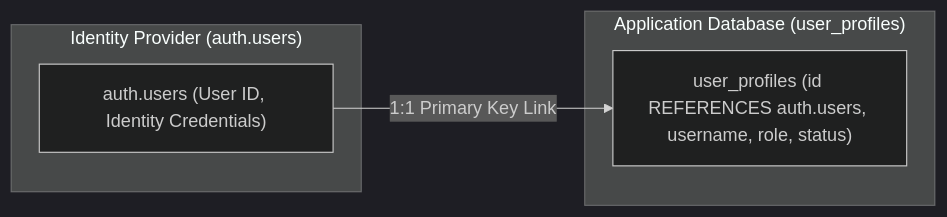
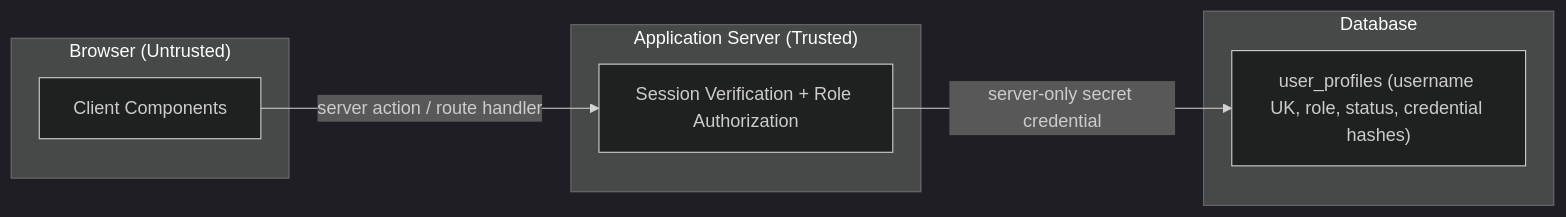
The third of 4 diagrams in architecture/SECURITY_MODEL.md (nicolaseugenio2022-cyber/St-rose-laboratory-result-management-system), drawn with Mermaid (dark theme) before and after one commit. The commit also changed other lines of this file and 4 other files, not shown here.

First line of the commit message:
docs: reconcile authority for application-owned auth and server-only data access

````diff
--- a/architecture/SECURITY_MODEL.md
+++ b/architecture/SECURITY_MODEL.md
@@ -126,12 +126,17 @@
 ```mermaid
 graph LR
-    subgraph "Identity Provider (auth.users)"
-        AuthUser["auth.users (User ID, Identity Credentials)"]
+    subgraph "Browser (Untrusted)"
+        Client["Client Components"]
     end
 
-    subgraph "Application Database (user_profiles)"
-        UserProfile["user_profiles (id REFERENCES auth.users, username, role, status)"]
+    subgraph "Application Server (Trusted)"
+        Boundary["Session Verification + Role Authorization"]
     end
 
-    AuthUser -- "1:1 Primary Key Link" --> UserProfile
+    subgraph "Database"
+        UserProfile["user_profiles (username UK, role, status, credential hashes)"]
+    end
+
+    Client -- "server action / route handler" --> Boundary
+    Boundary -- "server-only secret credential" --> UserProfile
 ```
````
